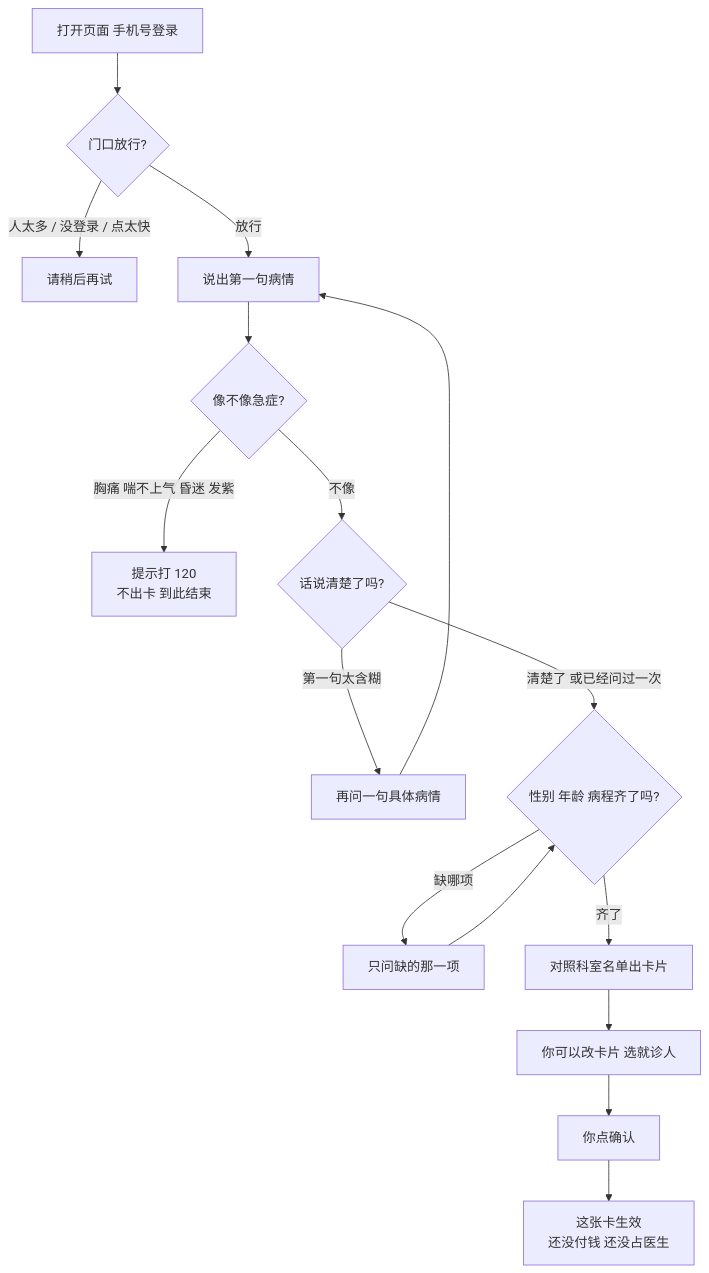
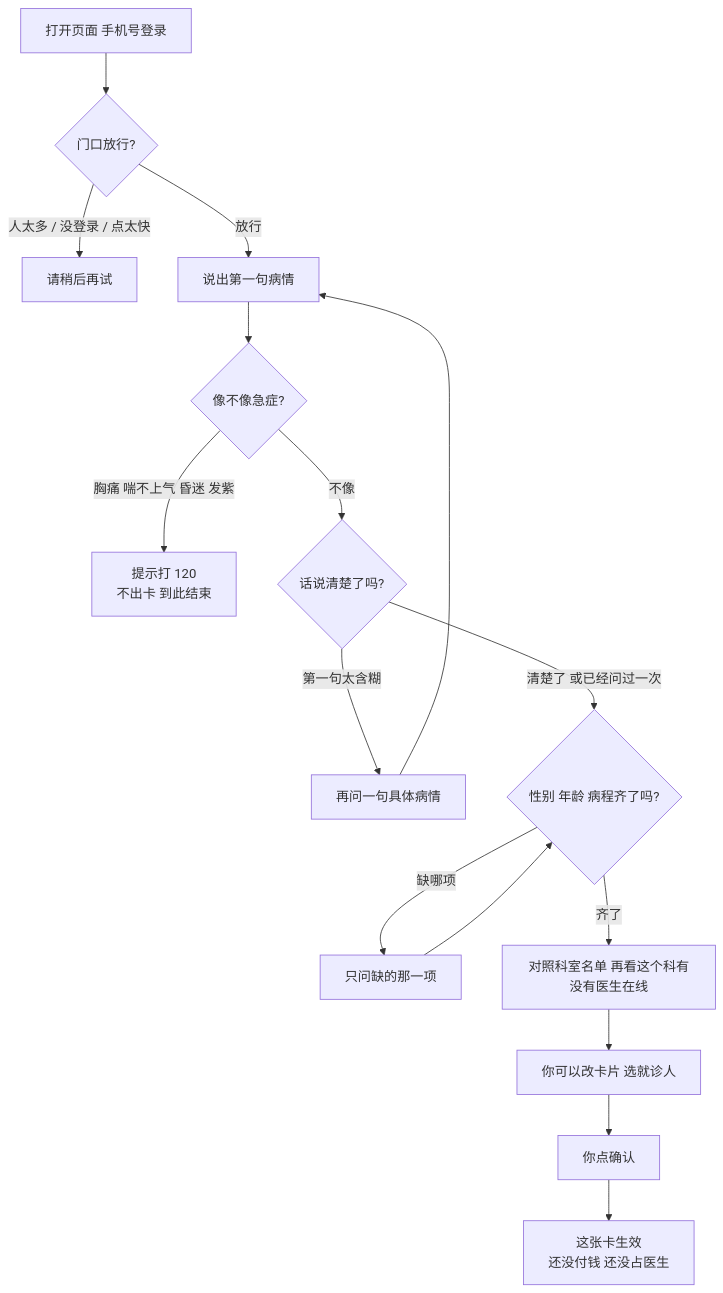
One commit to moonligh521/consult changed the second of 7 diagrams in README.md. Above: the diagram before and after it, drawn with Mermaid. The commit also changed other lines of this file and 18 other files, not shown here.

````diff
--- a/README.md
+++ b/README.md
@@ -21,18 +55,18 @@
 ```mermaid
 flowchart TD
   A[打开页面 手机号登录] --> B{门口放行?}
   B -->|人太多 / 没登录 / 点太快| Z1[请稍后再试]
   B -->|放行| C[说出第一句病情]
   C --> D{像不像急症?}
   D -->|胸痛 喘不上气 昏迷 发紫| E[提示打 120<br/>不出卡 到此结束]
   D -->|不像| F{话说清楚了吗?}
   F -->|第一句太含糊| G[再问一句具体病情]
   G --> C
   F -->|清楚了 或已经问过一次| H{性别 年龄 病程齐了吗?}
   H -->|缺哪项| I[只问缺的那一项]
   I --> H
-  H -->|齐了| J[对照科室名单出卡片]
+  H -->|齐了| J[对照科室名单 再看这个科有没有医生在线]
   J --> K[你可以改卡片 选就诊人]
   K --> L[你点确认]
   L --> M[这张卡生效<br/>还没付钱 还没占医生]
 ```
````
